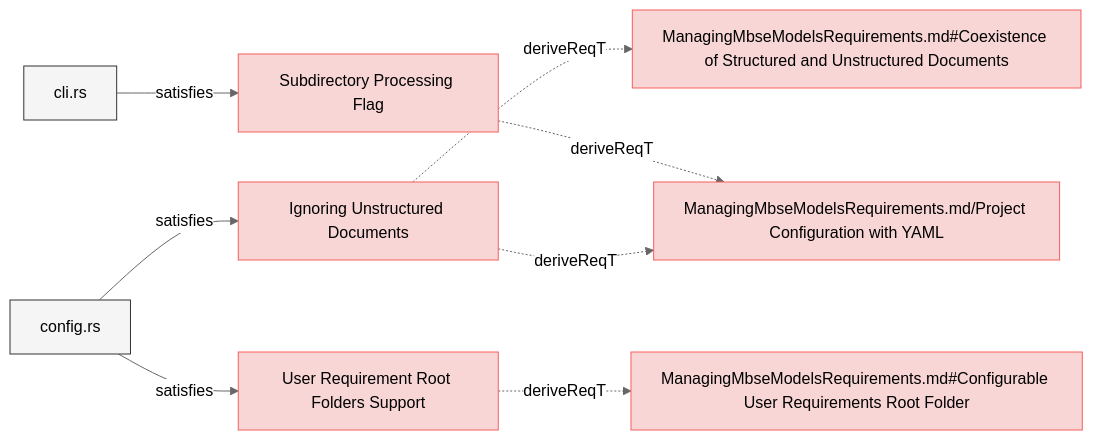
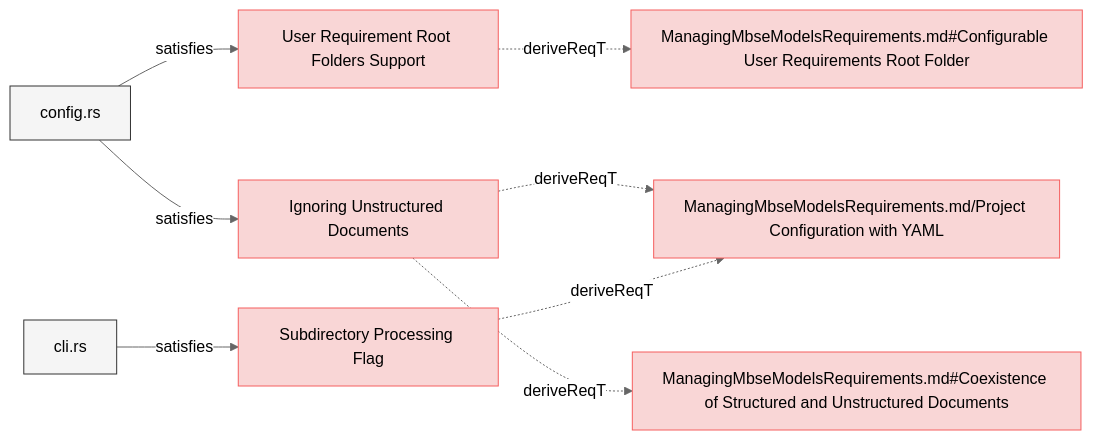
Before and after one commit to reqvire-org/reqvire: the second of 8 diagrams in specifications/SystemRequirements/Requirements.md, drawn with Mermaid (neutral theme). The commit also changed other lines of this file and 18 other files, not shown here.

````diff
--- a/specifications/SystemRequirements/Requirements.md
+++ b/specifications/SystemRequirements/Requirements.md
@@ -191,43 +191,43 @@
 ```mermaid
 graph LR;
   %% Graph styling
   classDef requirement fill:#f9d6d6,stroke:#f55f5f,stroke-width:1px;
   classDef verification fill:#d6f9d6,stroke:#5fd75f,stroke-width:1px;
   classDef externalLink fill:#d0e0ff,stroke:#3080ff,stroke-width:1px;
   classDef default fill:#f5f5f5,stroke:#333333,stroke-width:1px;
 
+  a9d6e2569d5acd60["User Requirement Root Folders Support"];
+  class a9d6e2569d5acd60 requirement;
+  click a9d6e2569d5acd60 "Requirements.md#user-requirement-root-folders-support";
+  d9354ef2eca0f2d0["ManagingMbseModelsRequirements.md#Configurable User Requirements Root Folder"];
+  class d9354ef2eca0f2d0 requirement;
+  click d9354ef2eca0f2d0 "../ManagingMbseModelsRequirements.md#configurable-user-requirements-root-folder";
+  a9d6e2569d5acd60 -.->|deriveReqT| d9354ef2eca0f2d0;
+  8419dcc77d92b609["config.rs"];
+  class 8419dcc77d92b609 default;
+  click 8419dcc77d92b609 "../../cli/src/config.rs";
+  8419dcc77d92b609 -->|satisfies| a9d6e2569d5acd60;
   be83c2991e9535c7["Ignoring Unstructured Documents"];
   class be83c2991e9535c7 requirement;
   click be83c2991e9535c7 "Requirements.md#ignoring-unstructured-documents";
   16b4b380c917deb1["ManagingMbseModelsRequirements.md/Project Configuration with YAML"];
   class 16b4b380c917deb1 requirement;
   click 16b4b380c917deb1 "../ManagingMbseModelsRequirements.md#project-configuration-with-yaml";
   be83c2991e9535c7 -.->|deriveReqT| 16b4b380c917deb1;
   f0d721424636370e["ManagingMbseModelsRequirements.md#Coexistence of Structured and Unstructured Documents"];
   class f0d721424636370e requirement;
   click f0d721424636370e "../ManagingMbseModelsRequirements.md#coexistence-of-structured-and-unstructured-documents";
   be83c2991e9535c7 -.->|deriveReqT| f0d721424636370e;
   8419dcc77d92b609["config.rs"];
   class 8419dcc77d92b609 default;
   click 8419dcc77d92b609 "../../cli/src/config.rs";
   8419dcc77d92b609 -->|satisfies| be83c2991e9535c7;
   b3ba32cfbb28941c["Subdirectory Processing Flag"];
   class b3ba32cfbb28941c requirement;
   click b3ba32cfbb28941c "Requirements.md#subdirectory-processing-flag";
   b3ba32cfbb28941c -.->|deriveReqT| 16b4b380c917deb1;
   80defdd4cbc7ee18["cli.rs"];
   class 80defdd4cbc7ee18 default;
   click 80defdd4cbc7ee18 "../../cli/src/cli.rs";
   80defdd4cbc7ee18 -->|satisfies| b3ba32cfbb28941c;
-  a9d6e2569d5acd60["User Requirement Root Folders Support"];
-  class a9d6e2569d5acd60 requirement;
-  click a9d6e2569d5acd60 "Requirements.md#user-requirement-root-folders-support";
-  d9354ef2eca0f2d0["ManagingMbseModelsRequirements.md#Configurable User Requirements Root Folder"];
-  class d9354ef2eca0f2d0 requirement;
-  click d9354ef2eca0f2d0 "../ManagingMbseModelsRequirements.md#configurable-user-requirements-root-folder";
-  a9d6e2569d5acd60 -.->|deriveReqT| d9354ef2eca0f2d0;
-  8419dcc77d92b609["config.rs"];
-  class 8419dcc77d92b609 default;
-  click 8419dcc77d92b609 "../../cli/src/config.rs";
-  8419dcc77d92b609 -->|satisfies| a9d6e2569d5acd60;
 ```
````
